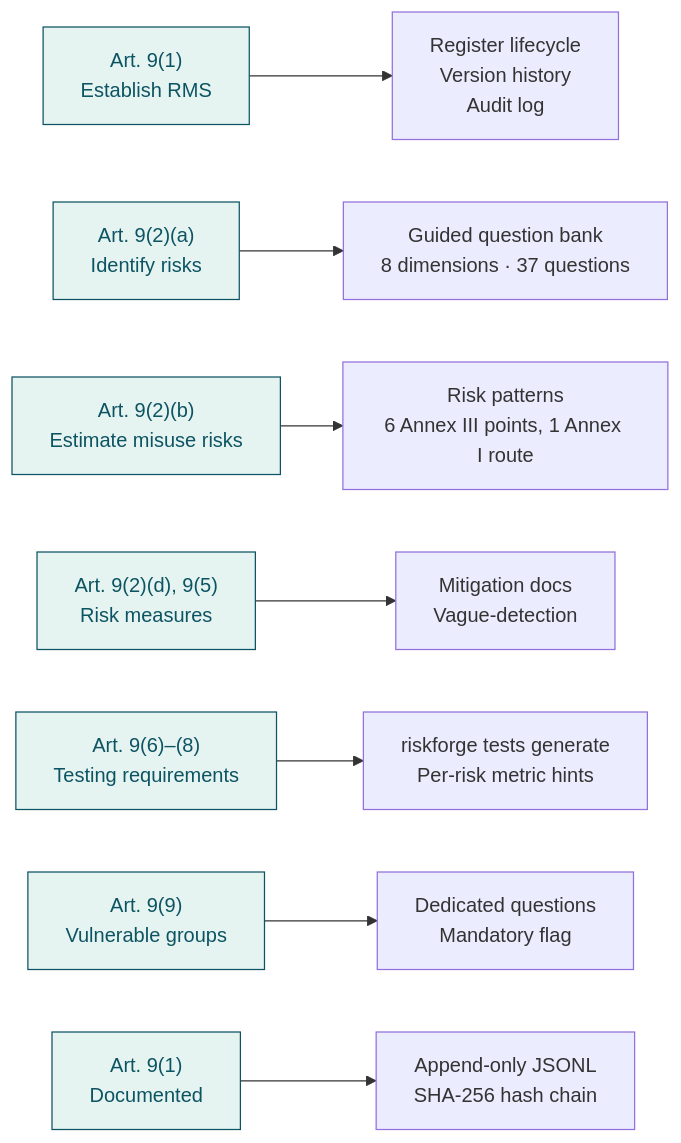
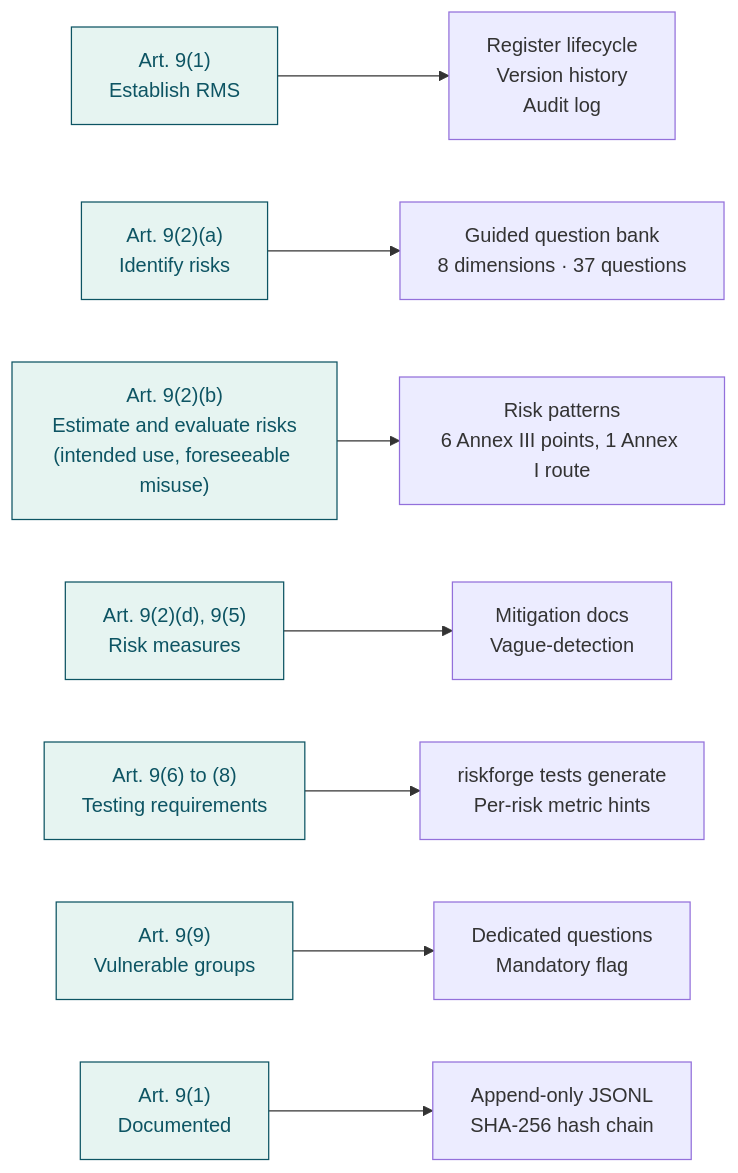
The third of 3 diagrams in README.md (aiexponent/riskforge), drawn with Mermaid before and after one commit. The commit also changed other lines of this file and 1 other file, not shown here.

````diff
--- a/README.md
+++ b/README.md
@@ -225,18 +224,18 @@
 ```mermaid
 graph LR
     A9_1["Art. 9(1)<br/>Establish RMS"] --> REG["Register lifecycle<br/>Version history<br/>Audit log"]
     A9_2a["Art. 9(2)(a)<br/>Identify risks"] --> QB["Guided question bank<br/>8 dimensions · 37 questions"]
-    A9_2b["Art. 9(2)(b)<br/>Estimate misuse risks"] --> PAT["Risk patterns<br/>6 Annex III points, 1 Annex I route"]
+    A9_2b["Art. 9(2)(b)<br/>Estimate and evaluate risks<br/>(intended use, foreseeable misuse)"] --> PAT["Risk patterns<br/>6 Annex III points, 1 Annex I route"]
     A9_2d_5["Art. 9(2)(d), 9(5)<br/>Risk measures"] --> MIT["Mitigation docs<br/>Vague-detection"]
-    A9_6_8["Art. 9(6)–(8)<br/>Testing requirements"] --> TEST["riskforge tests generate<br/>Per-risk metric hints"]
+    A9_6_8["Art. 9(6) to (8)<br/>Testing requirements"] --> TEST["riskforge tests generate<br/>Per-risk metric hints"]
     A9_9["Art. 9(9)<br/>Vulnerable groups"] --> VG["Dedicated questions<br/>Mandatory flag"]
     A9_1D["Art. 9(1)<br/>Documented"] --> AUD["Append-only JSONL<br/>SHA-256 hash chain"]
 
     style A9_1 fill:#E6F4F1,stroke:#0D5463,color:#0D5463
     style A9_2a fill:#E6F4F1,stroke:#0D5463,color:#0D5463
     style A9_2b fill:#E6F4F1,stroke:#0D5463,color:#0D5463
     style A9_2d_5 fill:#E6F4F1,stroke:#0D5463,color:#0D5463
     style A9_6_8 fill:#E6F4F1,stroke:#0D5463,color:#0D5463
     style A9_9 fill:#E6F4F1,stroke:#0D5463,color:#0D5463
     style A9_1D fill:#E6F4F1,stroke:#0D5463,color:#0D5463
 ```
````
